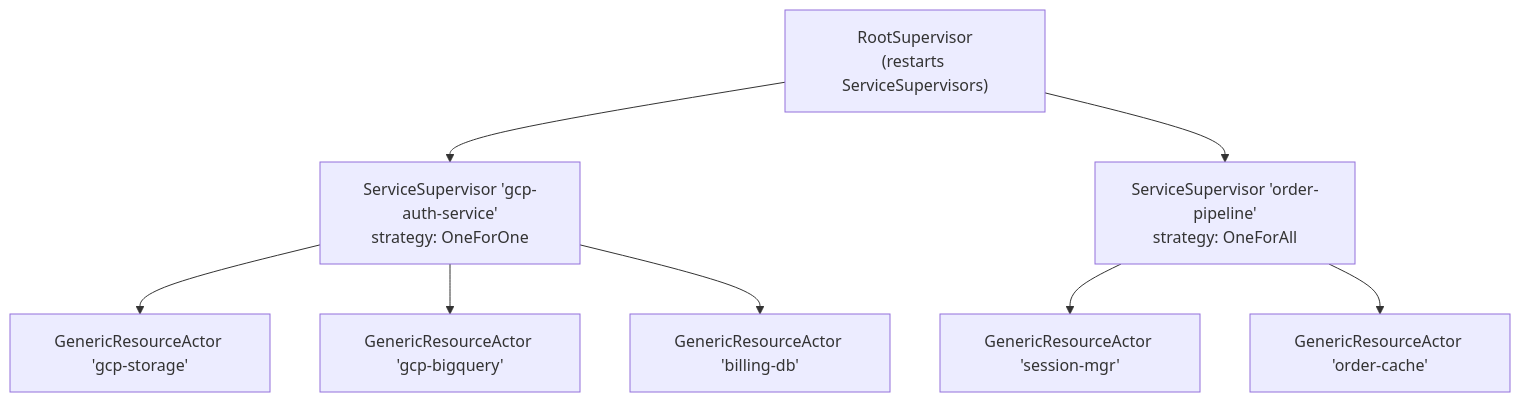
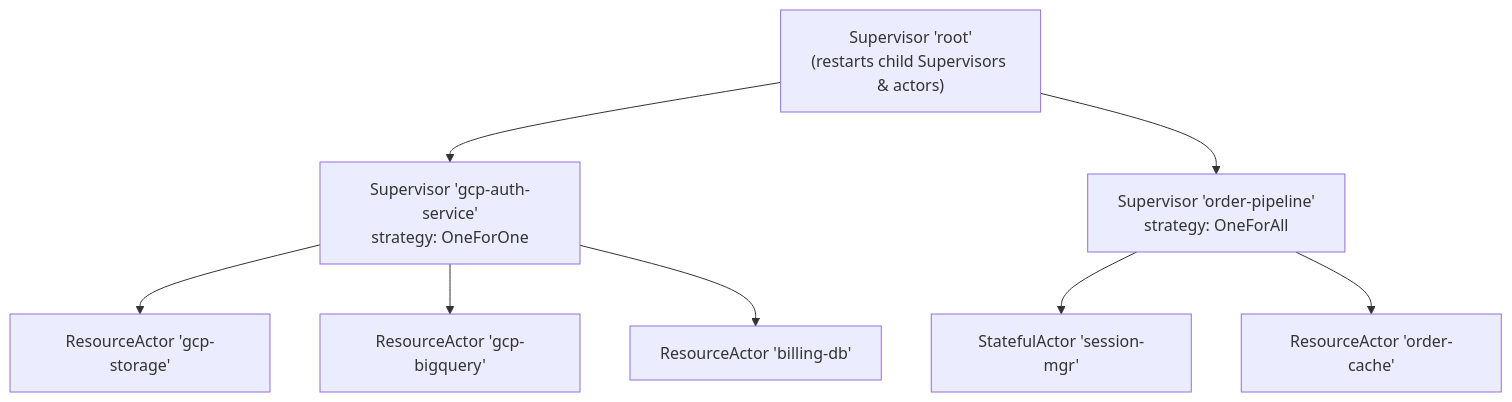
Before and after one commit to AlfredWeirich/otp-actor: the first of 4 diagrams in README.md, drawn with Mermaid. The commit also changed other lines of this file and 27 other files, not shown here.

````diff
--- a/README.md
+++ b/README.md
@@ -92,19 +86,19 @@
 ```mermaid
 flowchart TD
-    Root["RootSupervisor<br/>(restarts ServiceSupervisors)"]
-    S1["ServiceSupervisor 'gcp-auth-service'<br/>strategy: OneForOne"]
-    S2["ServiceSupervisor 'order-pipeline'<br/>strategy: OneForAll"]
-    A1["GenericResourceActor 'gcp-storage'"]
-    A2["GenericResourceActor 'gcp-bigquery'"]
-    A3["GenericResourceActor 'billing-db'"]
-    A4["GenericResourceActor 'session-mgr'"]
-    A5["GenericResourceActor 'order-cache'"]
+    Root["Supervisor 'root'<br/>(restarts child Supervisors & actors)"]
+    S1["Supervisor 'gcp-auth-service'<br/>strategy: OneForOne"]
+    S2["Supervisor 'order-pipeline'<br/>strategy: OneForAll"]
+    A1["ResourceActor 'gcp-storage'"]
+    A2["ResourceActor 'gcp-bigquery'"]
+    A3["ResourceActor 'billing-db'"]
+    A4["StatefulActor 'session-mgr'"]
+    A5["ResourceActor 'order-cache'"]
 
     Root --> S1
     Root --> S2
     S1 --> A1
     S1 --> A2
     S1 --> A3
     S2 --> A4
     S2 --> A5
 ```
````
